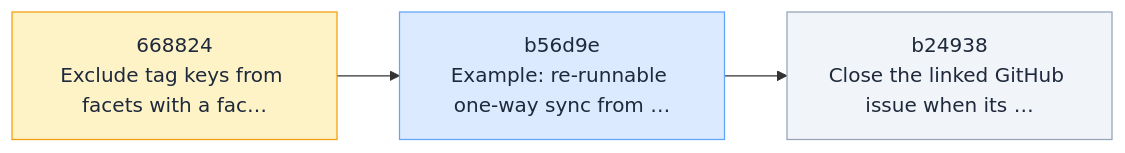
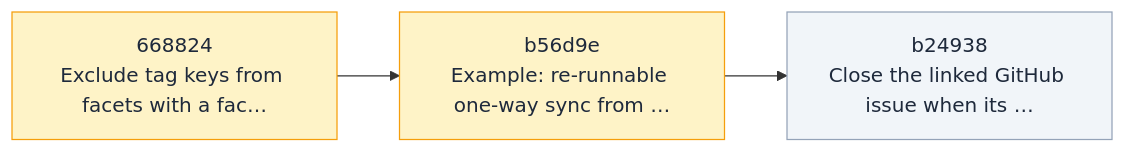
The diagram in .skald/README.md (Vitund-AI/skald), drawn with Mermaid before and after one commit. The commit also changed other lines of this file and 8 other files, not shown here.

````diff
--- a/.skald/README.md
+++ b/.skald/README.md
@@ -16,14 +16,12 @@
 ```mermaid
 flowchart LR
     n_668824["668824<br/>Exclude tag keys from facets with a fac…"]
     n_b24938["b24938<br/>Close the linked GitHub issue when its …"]
     n_b56d9e["b56d9e<br/>Example: re-runnable one-way sync from …"]
     n_b56d9e --> n_b24938
     n_668824 --> n_b56d9e
     classDef backlog fill:#f1f5f9,stroke:#94a3b8,color:#1e293b
-    classDef ready fill:#dbeafe,stroke:#60a5fa,color:#1e293b
     classDef active fill:#fef3c7,stroke:#f59e0b,color:#1e293b
-    class n_668824 active
-    class n_b56d9e ready
     class n_b24938 backlog
+    class n_668824,n_b56d9e active
 ```
````
